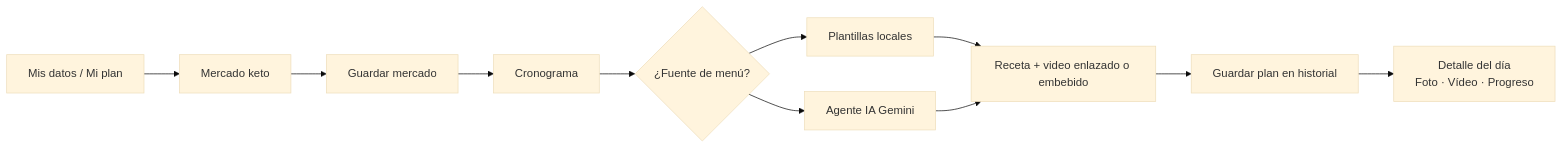
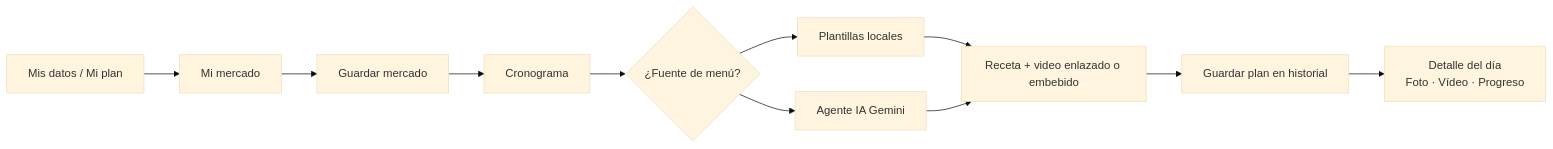
One commit to josephnsa/TEC-NUTRI-SALUD changed the diagram in docs/FLUJO_USUARIO.md. Above: the diagram before and after it, drawn with Mermaid (base theme). The commit also changed other lines of this file and 5 other files, not shown here.

Commit message:
docs: Mi mercado y multi-dieta (README, flujo, historias, negocio, skill) + MiPlan copy neutro

````diff
--- a/docs/FLUJO_USUARIO.md
+++ b/docs/FLUJO_USUARIO.md
@@ -33,13 +33,13 @@
 ```mermaid
 flowchart LR
-  A[Mis datos / Mi plan] --> B[Mercado keto]
+  A[Mis datos / Mi plan] --> B[Mi mercado]
   B --> C[Guardar mercado]
   C --> D[Cronograma]
   D --> E{¿Fuente de menú?}
   E --> F[Plantillas locales]
   E --> G[Agente IA Gemini]
   F --> H[Receta + video enlazado o embebido]
   G --> H
   H --> I[Guardar plan en historial]
   I --> J[Detalle del día\nFoto · Vídeo · Progreso]
 ```
````
